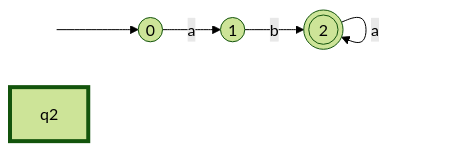
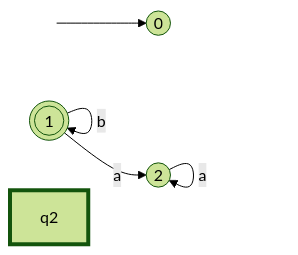
The diagram in README.md (SteelPotathor/GUI-Automaton-Simulator), drawn with Mermaid (forest theme) before and after one commit. The commit also changed other lines of this file, not shown here.

````diff
--- a/README.md
+++ b/README.md
@@ -181,10 +180,10 @@
 ```mermaid
 graph LR
     start(( )) --> 0((0))
-    0 -- a --> 1((1))
-    1 -- b --> 2(((2)))
+    1 -- a --> 2((2))
+    1 -- b --> 1(((1)))
     2 -- a --> 2
     
     style start fill:none,stroke:none
     style q2 stroke-width:4px
 ```
````
